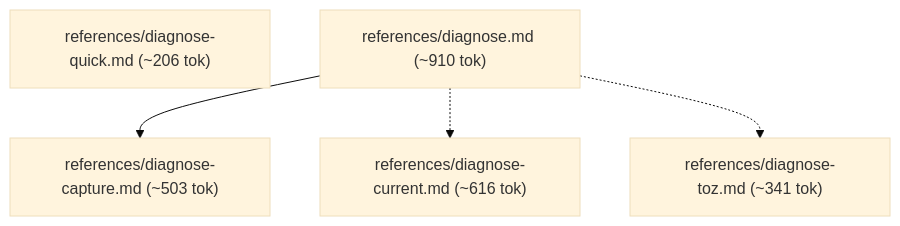
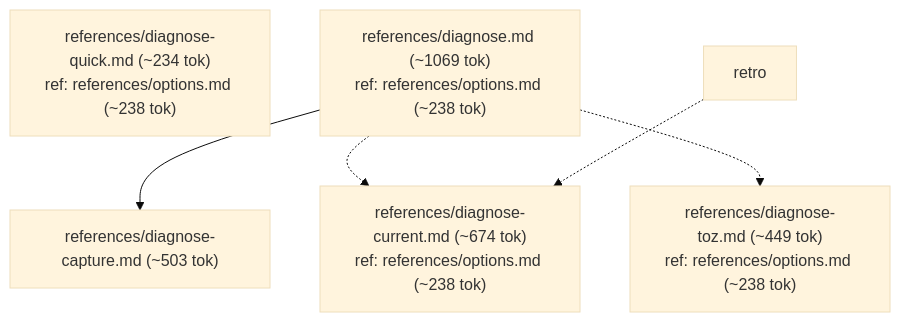
One commit to alecegg/varde changed the third of 9 diagrams in skills/varde-learn/FLOW.md. Above: the diagram before and after it, drawn with Mermaid (base theme). The commit also changed other lines of this file and 1293 other files, not shown here.

````diff
--- a/skills/varde-learn/FLOW.md
+++ b/skills/varde-learn/FLOW.md
@@ -46,11 +55,13 @@
 ```mermaid
 flowchart TD
   n0["references/diagnose-capture.md (~503 tok)"]
-  n1["references/diagnose-current.md (~616 tok)"]
-  n2["references/diagnose-quick.md (~206 tok)"]
-  n3["references/diagnose-toz.md (~341 tok)"]
-  n4["references/diagnose.md (~910 tok)"]
+  n1["references/diagnose-current.md (~674 tok)<br/>ref: references/options.md (~238 tok)"]
+  n2["references/diagnose-quick.md (~234 tok)<br/>ref: references/options.md (~238 tok)"]
+  n3["references/diagnose-toz.md (~449 tok)<br/>ref: references/options.md (~238 tok)"]
+  n4["references/diagnose.md (~1069 tok)<br/>ref: references/options.md (~238 tok)"]
+  n5["retro"]
   n4 --> n0
   n4 -.-> n1
   n4 -.-> n3
+  n5 -.-> n1
 ```
````
